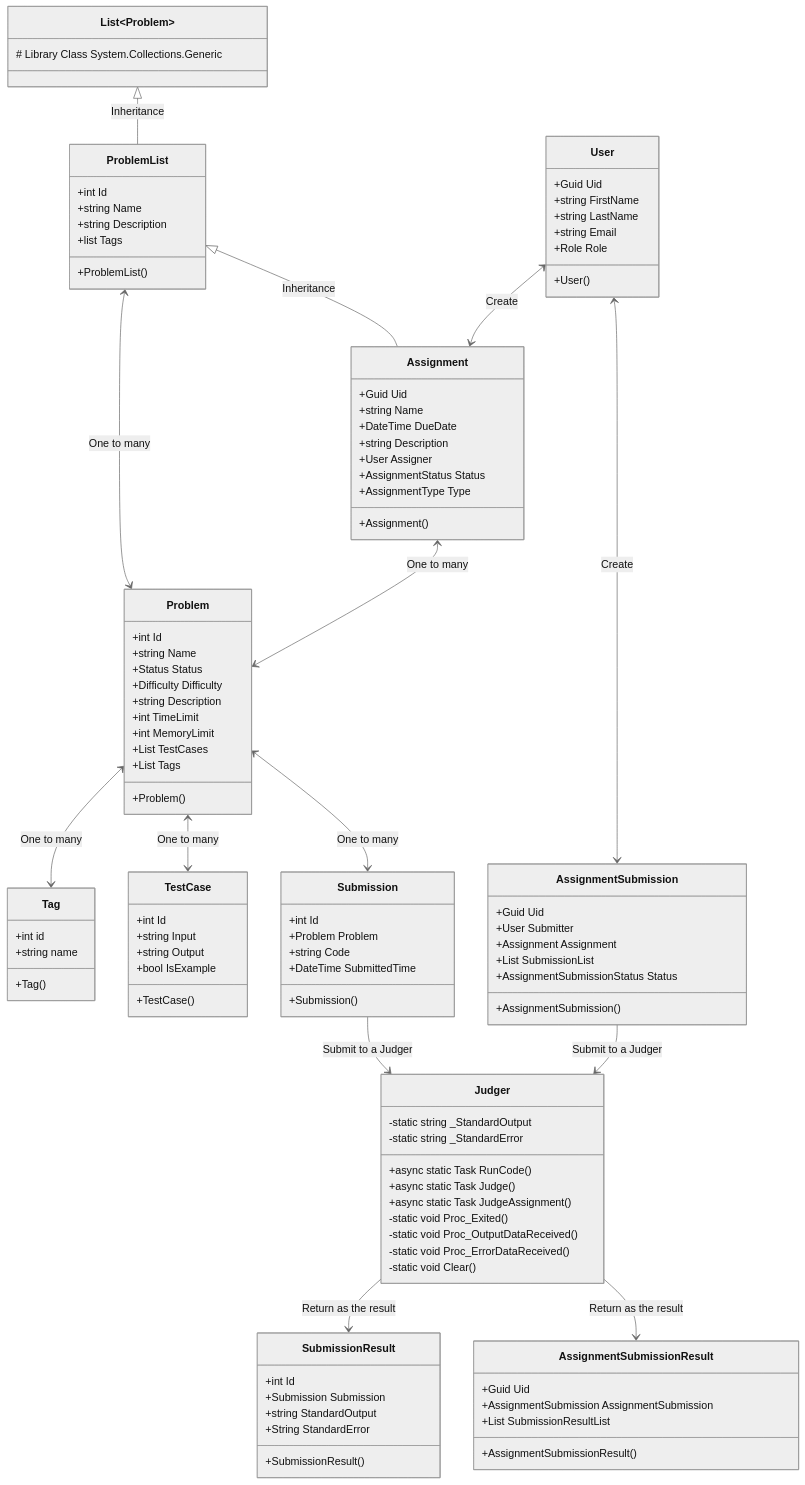
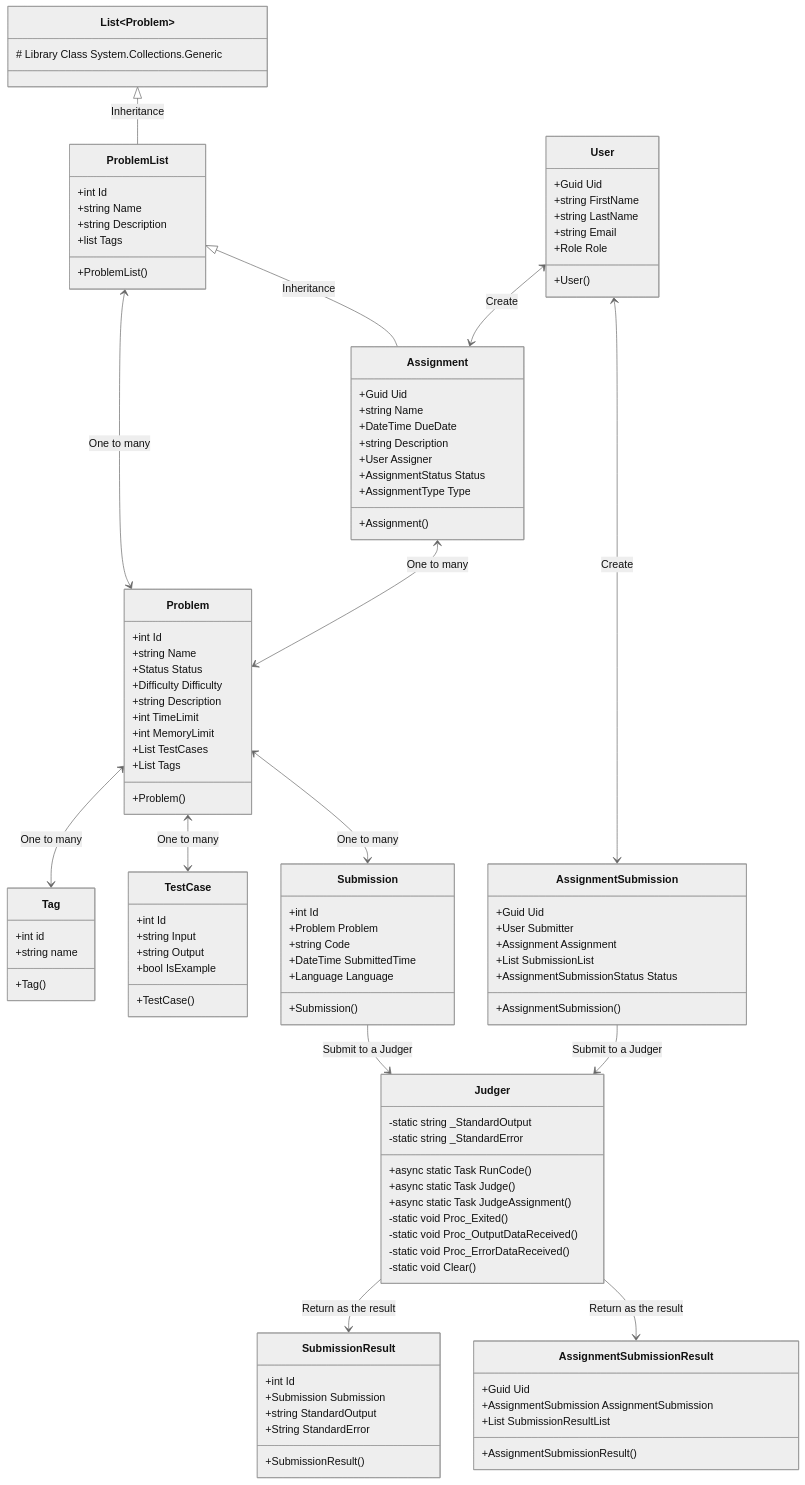
One commit to HEIGE-PCloud/Algorithm-Dynamics changed the diagram in report/graphs/classDiagram.mmd. Above: the diagram before and after it, drawn with Mermaid (neutral theme). The commit also changed 2 other files, not shown here.

```diff
--- a/report/graphs/classDiagram.mmd
+++ b/report/graphs/classDiagram.mmd
@@ -1,105 +1,106 @@
 classDiagram
     class Tag{
         +int id
         +string name
         +Tag()
     }
     class TestCase{
         +int Id
         +string Input
         +string Output
         +bool IsExample
         +TestCase()
     }
     class Problem{
         +int Id
         +string Name
         +Status Status
         +Difficulty Difficulty
         +string Description
         +int TimeLimit
         +int MemoryLimit
         +List<TestCase> TestCases
         +List<Tag> Tags
         +Problem()
     }
     class List~Problem~ {
         # Library Class System.Collections.Generic
     }
     class ProblemList{
         +int Id
         +string Name
         +string Description
         +list<Tag> Tags
         +ProblemList()
     }
     class Assignment{
         +Guid Uid
         +string Name
         +DateTime DueDate
         +string Description
         +User Assigner
         +AssignmentStatus Status
         +AssignmentType Type
         +Assignment()
     }
     class Submission{
         +int Id
         +Problem Problem
         +string Code
         +DateTime SubmittedTime
+        +Language Language
         +Submission()
     }
     class SubmissionResult{
         +int Id
         +Submission Submission
         +string StandardOutput
         +String StandardError
         +SubmissionResult()
     }
     class AssignmentSubmission{
         +Guid Uid
         +User Submitter
         +Assignment Assignment
         +List<Submission> SubmissionList
         +AssignmentSubmissionStatus Status
         +AssignmentSubmission()
     }
     class AssignmentSubmissionResult{
         +Guid Uid
         +AssignmentSubmission AssignmentSubmission
         +List<SubmissionResult> SubmissionResultList
         +AssignmentSubmissionResult()
     }
     class Judger{
         -static string _StandardOutput
         -static string _StandardError
         +async static Task<SubmissionResult> RunCode()
         +async static Task<SubmissionResult> Judge()
         +async static Task<AssignmentSubmission> JudgeAssignment()
         -static void Proc_Exited()
         -static void Proc_OutputDataReceived()
         -static void Proc_ErrorDataReceived()
         -static void Clear()
     }
     class User{
         +Guid Uid
         +string FirstName
         +string LastName
         +string Email
         +Role Role
         +User()
     }
     List <|-- ProblemList: Inheritance
     ProblemList <|-- Assignment: Inheritance
     Submission --> Judger: Submit to a Judger
     Judger -->  SubmissionResult: Return as the result
     Problem <--> Tag:One to many
     Problem <--> TestCase:One to many
     Problem <--> Submission:One to many
     ProblemList <--> Problem:One to many
     Assignment <--> Problem:One to many
     User <--> Assignment:Create
     User <--> AssignmentSubmission:Create
     AssignmentSubmission --> Judger: Submit to a Judger
     Judger -->  AssignmentSubmissionResult: Return as the result
```
